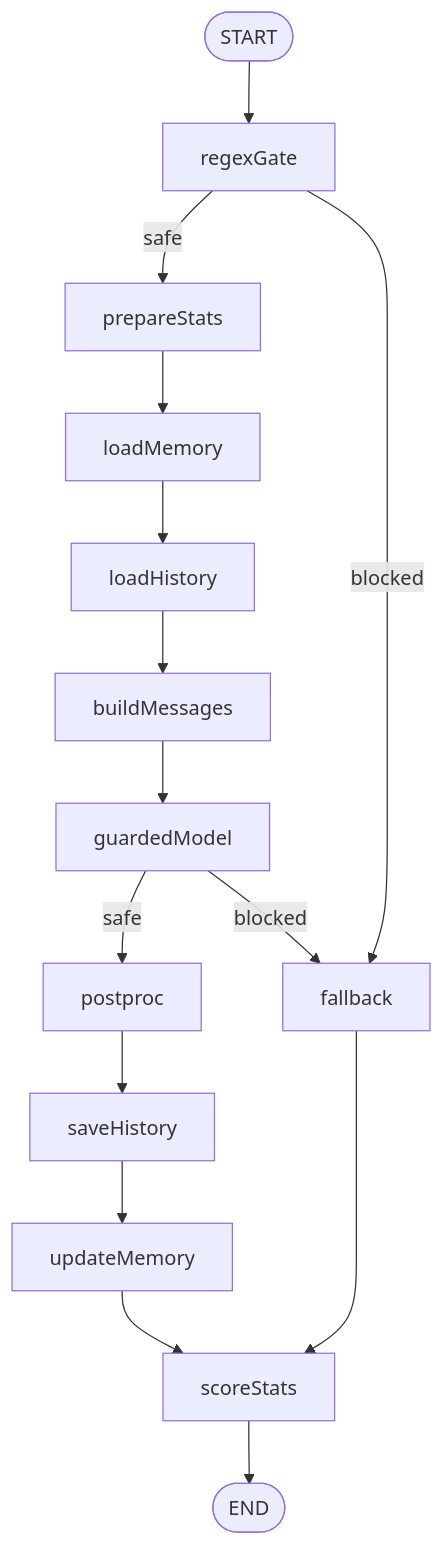
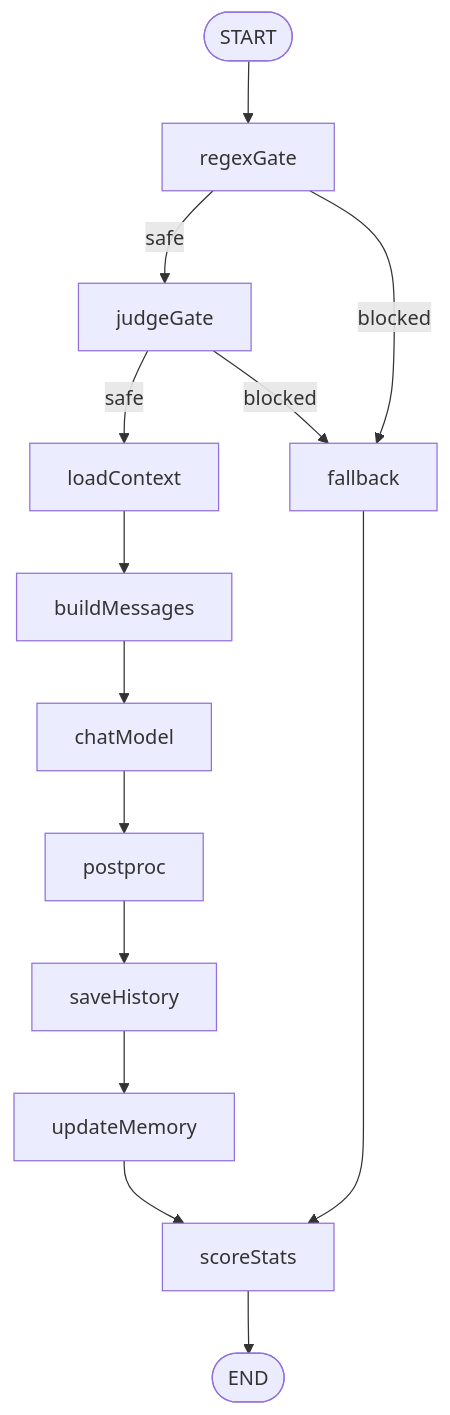
Before and after one commit to CoucouMonEcho/llm-bot: the second of 2 diagrams in README.md, drawn with Mermaid. The commit also changed other lines of this file and 17 other files, not shown here.

````diff
--- a/README.md
+++ b/README.md
@@ -32,12 +32,13 @@
 ```mermaid
 flowchart TD
     START([START]) --> regexGate
-    regexGate -- safe --> prepareStats
+    regexGate -- safe --> judgeGate
     regexGate -- blocked --> fallback
-    prepareStats --> loadMemory --> loadHistory --> buildMessages --> guardedModel
-    guardedModel -- safe --> postproc
-    guardedModel -- blocked --> fallback
+    judgeGate -- safe --> loadContext
+    judgeGate -- blocked --> fallback
+    loadContext --> buildMessages --> chatModel
+    chatModel --> postproc
     postproc --> saveHistory --> updateMemory --> scoreStats
     fallback --> scoreStats
     scoreStats --> END([END])
 ```
````
